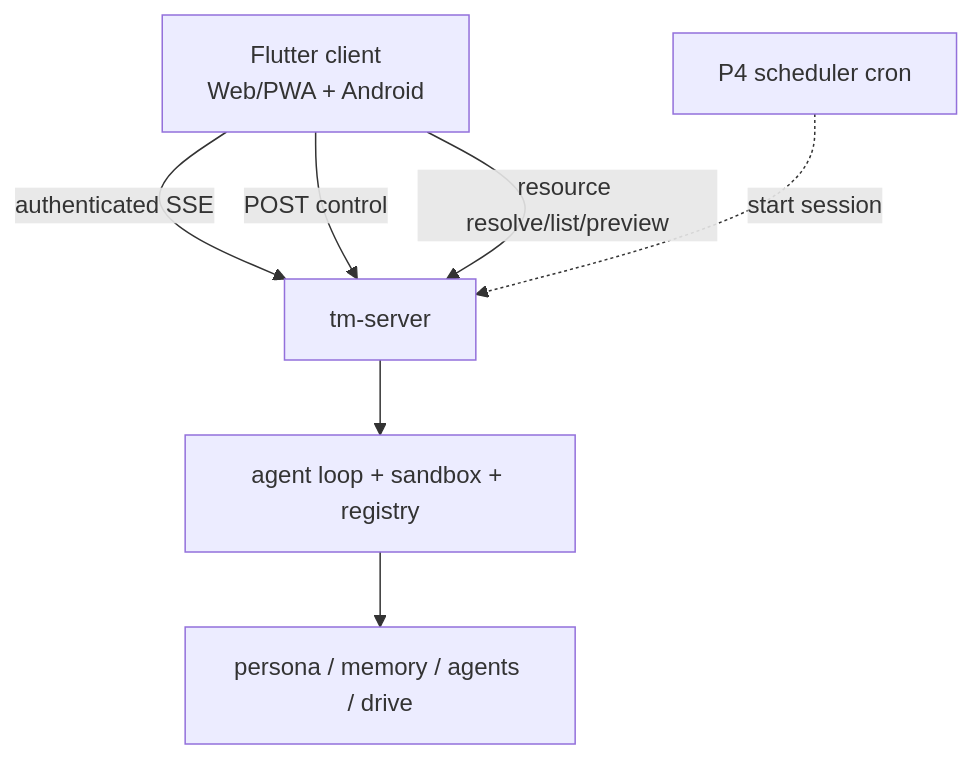
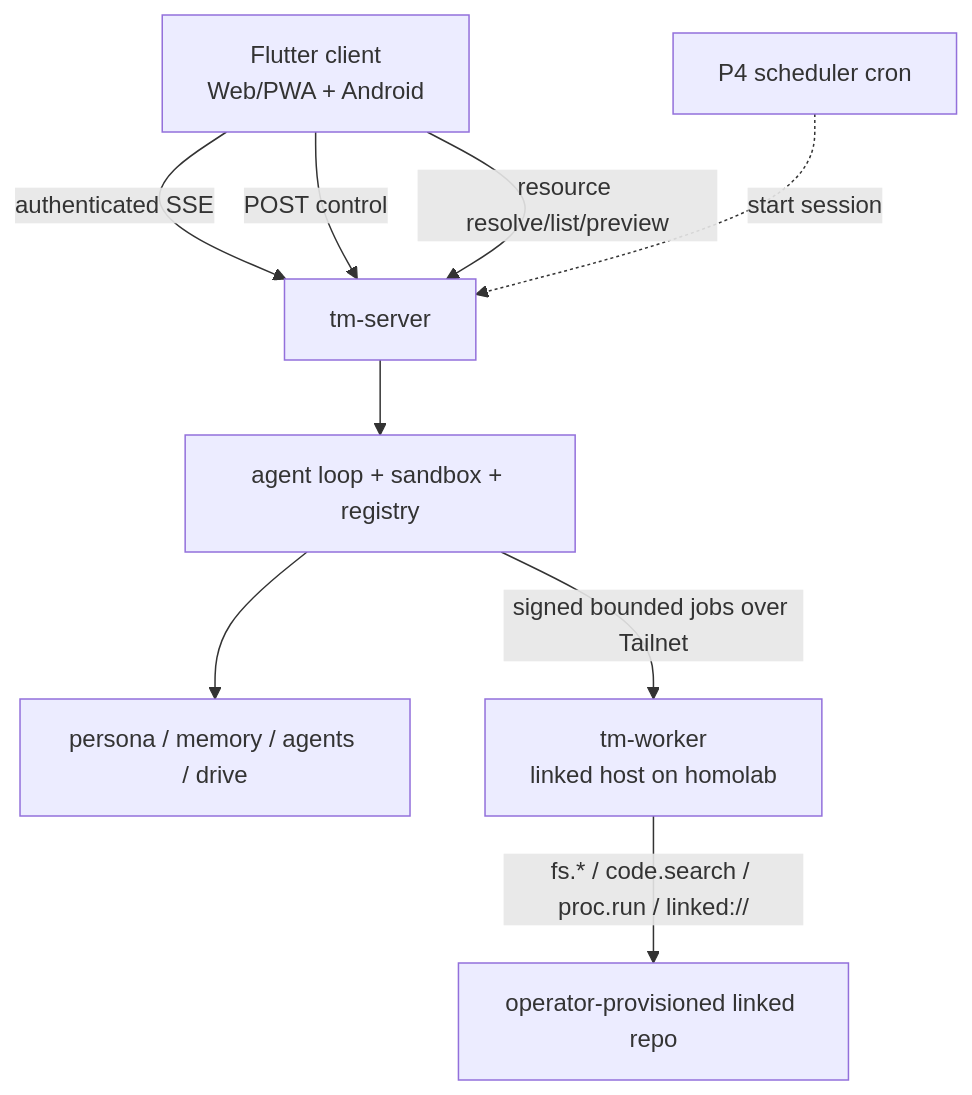
One commit to mozufu/TempestMiku changed the diagram in docs/design/product/27-server-and-clients.md. Above: the diagram before and after it, drawn with Mermaid. The commit also changed other lines of this file and 32 other files, not shown here.

Commit message:
feat(server/worker): split remote M4 host execution

````diff
--- a/docs/design/product/27-server-and-clients.md
+++ b/docs/design/product/27-server-and-clients.md
@@ -39,9 +39,11 @@
 ```mermaid
 flowchart TD
   FLUTTER[Flutter client<br/>Web/PWA + Android] -->|authenticated SSE| SRV[tm-server]
   FLUTTER -->|POST control| SRV
   FLUTTER -->|resource resolve/list/preview| SRV
   SCHED[P4 scheduler cron] -.start session.-> SRV
   SRV --> CORE[agent loop + sandbox + registry]
   CORE --> SUBS[persona / memory / agents / drive]
+  CORE -->|signed bounded jobs over Tailnet| WORKER[tm-worker<br/>linked host on homolab]
+  WORKER -->|fs.* / code.search / proc.run / linked://| REPO[operator-provisioned linked repo]
 ```
````
